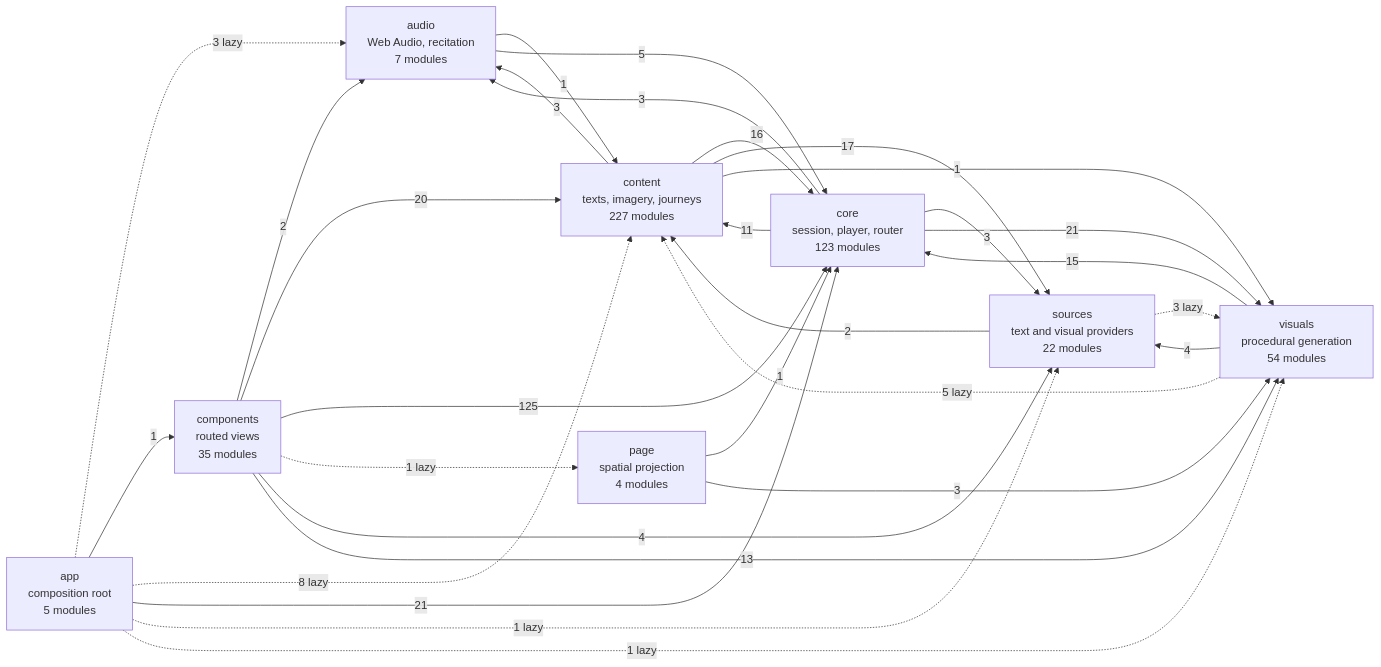
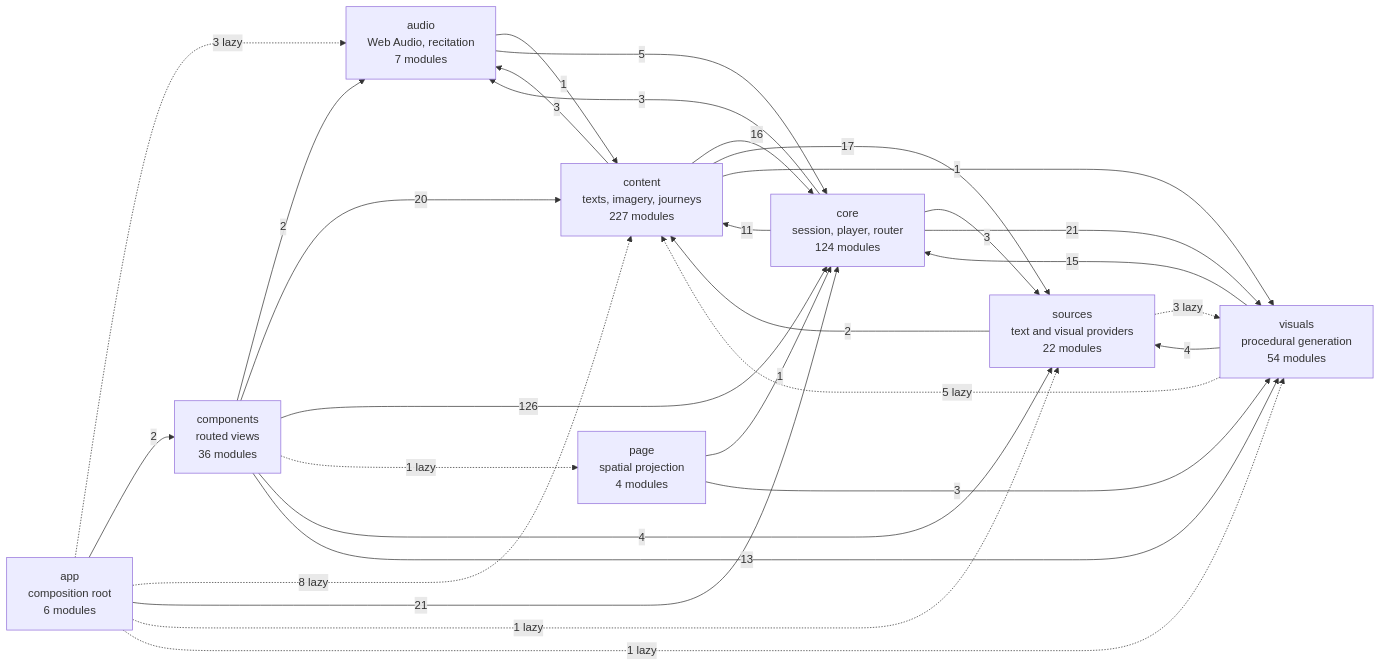
Before and after one commit to SyberLabs/RISE: the diagram in docs/specs/ARCHITECTURE.md, drawn with Mermaid. The commit also changed other lines of this file and 85 other files, not shown here.

````diff
--- a/docs/specs/ARCHITECTURE.md
+++ b/docs/specs/ARCHITECTURE.md
@@ -153,41 +153,41 @@
 ```mermaid
 flowchart LR
-    app["app<br/>composition root<br/>5 modules"]
+    app["app<br/>composition root<br/>6 modules"]
     audio["audio<br/>Web Audio, recitation<br/>7 modules"]
-    components["components<br/>routed views<br/>35 modules"]
+    components["components<br/>routed views<br/>36 modules"]
     content["content<br/>texts, imagery, journeys<br/>227 modules"]
-    core["core<br/>session, player, router<br/>123 modules"]
+    core["core<br/>session, player, router<br/>124 modules"]
     page["page<br/>spatial projection<br/>4 modules"]
     sources["sources<br/>text and visual providers<br/>22 modules"]
     visuals["visuals<br/>procedural generation<br/>54 modules"]
 
     app -.-> |3 lazy| audio
-    app --> |1| components
+    app --> |2| components
     app -.-> |8 lazy| content
     app --> |21| core
     app -.-> |1 lazy| sources
     app -.-> |1 lazy| visuals
     audio --> |1| content
     audio --> |5| core
     components --> |2| audio
     components --> |20| content
-    components --> |125| core
+    components --> |126| core
     components -.-> |1 lazy| page
     components --> |4| sources
     components --> |13| visuals
     content --> |3| audio
     content --> |16| core
     content --> |17| sources
     content --> |1| visuals
     core --> |3| audio
     core --> |11| content
     core --> |3| sources
     core --> |21| visuals
     page --> |1| core
     page --> |3| visuals
     sources --> |2| content
     sources -.-> |3 lazy| visuals
     visuals -.-> |5 lazy| content
     visuals --> |15| core
     visuals --> |4| sources
 ```
````
